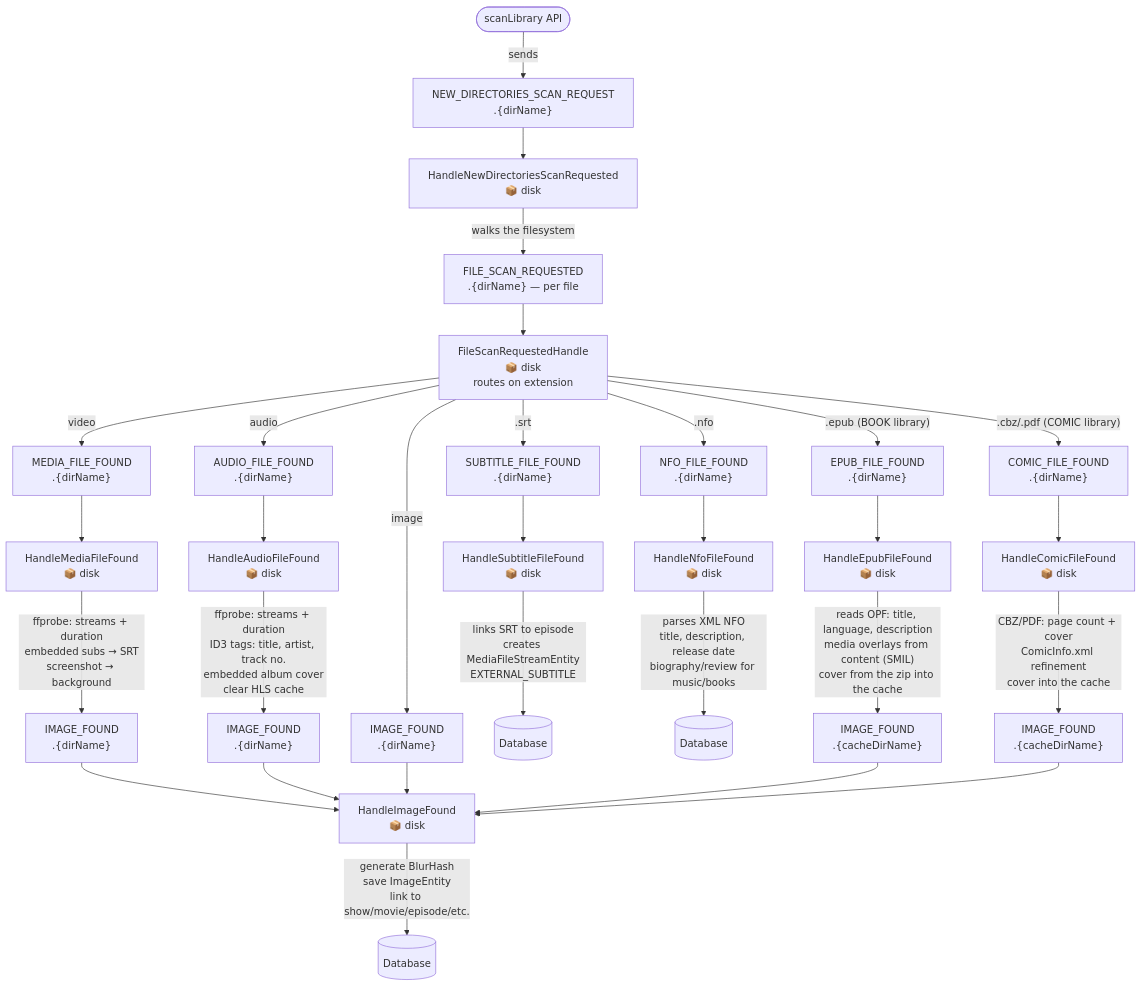
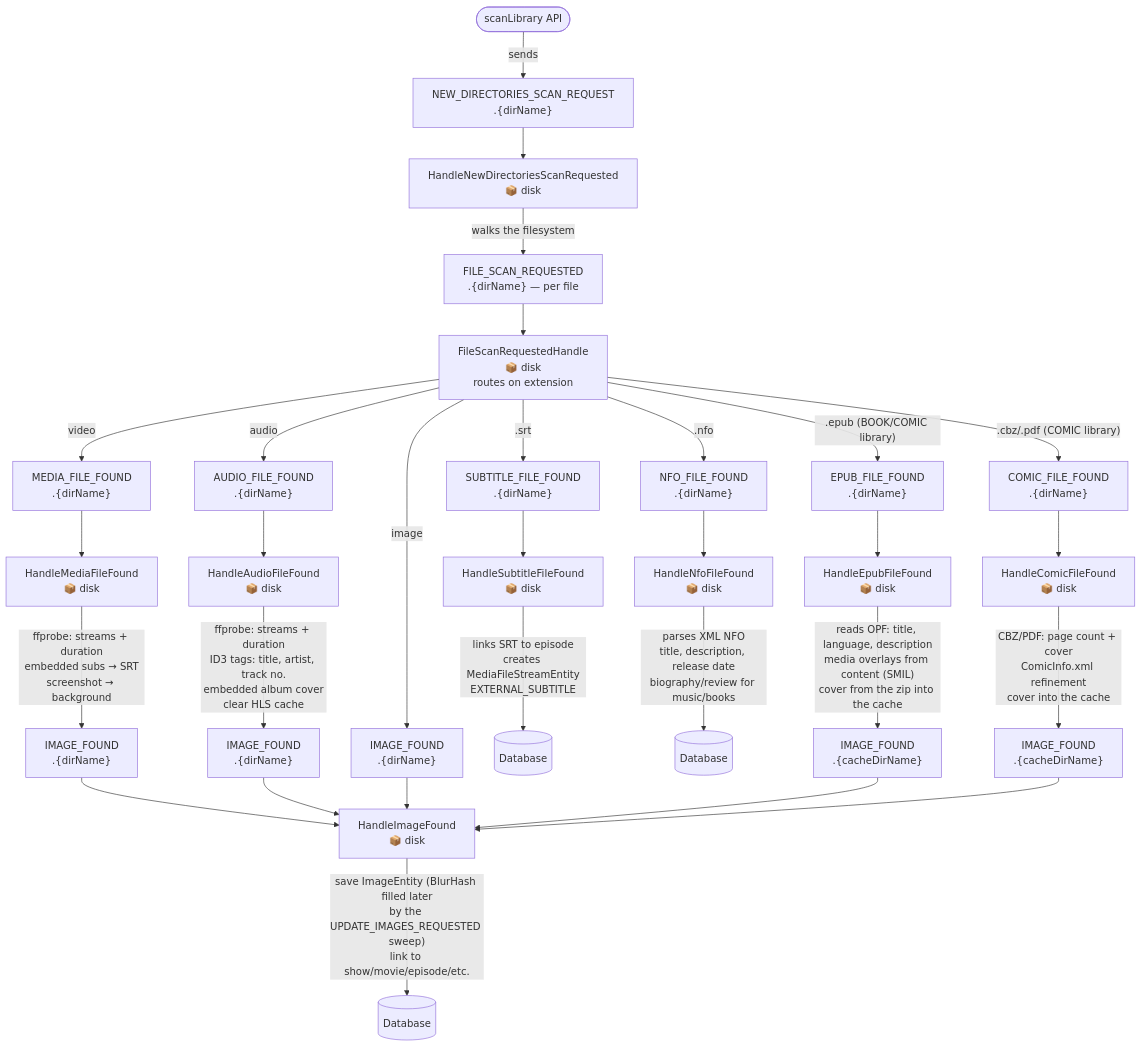
Before and after one commit to ister-app/server: the diagram in doc/architecture/diagrams/scan-flow.md, drawn with Mermaid. The commit also changed 13 other files, not shown here.

````diff
--- a/doc/architecture/diagrams/scan-flow.md
+++ b/doc/architecture/diagrams/scan-flow.md
@@ -7,44 +7,44 @@
 ```mermaid
 flowchart TD
     API([scanLibrary API]) -->|sends| A
 
     A["NEW_DIRECTORIES_SCAN_REQUEST\n.{dirName}"]
     A --> B["HandleNewDirectoriesScanRequested\n📦 disk"]
     B -->|walks the filesystem| C
 
     C["FILE_SCAN_REQUESTED\n.{dirName} — per file"]
     C --> D["FileScanRequestedHandle\n📦 disk\nroutes on extension"]
 
     D -->|video| E["MEDIA_FILE_FOUND\n.{dirName}"]
     D -->|audio| F["AUDIO_FILE_FOUND\n.{dirName}"]
-    D -->|".epub (BOOK library)"| EP["EPUB_FILE_FOUND\n.{dirName}"]
+    D -->|".epub (BOOK/COMIC library)"| EP["EPUB_FILE_FOUND\n.{dirName}"]
     D -->|".cbz/.pdf (COMIC library)"| CO["COMIC_FILE_FOUND\n.{dirName}"]
     D -->|.srt| G["SUBTITLE_FILE_FOUND\n.{dirName}"]
     D -->|image| H["IMAGE_FOUND\n.{dirName}"]
     D -->|.nfo| I["NFO_FILE_FOUND\n.{dirName}"]
 
     E --> J["HandleMediaFileFound\n📦 disk"]
     J -->|"ffprobe: streams + duration\nembedded subs → SRT\nscreenshot → background"| K["IMAGE_FOUND\n.{dirName}"]
 
     F --> L["HandleAudioFileFound\n📦 disk"]
     L -->|"ffprobe: streams + duration\nID3 tags: title, artist, track no.\nembedded album cover\nclear HLS cache"| M["IMAGE_FOUND\n.{dirName}"]
 
     G --> N["HandleSubtitleFileFound\n📦 disk"]
     N -->|"links SRT to episode\ncreates MediaFileStreamEntity\nEXTERNAL_SUBTITLE"| DB1[(Database)]
 
     K --> O["HandleImageFound\n📦 disk"]
     M --> O
     H --> O
-    O -->|"generate BlurHash\nsave ImageEntity\nlink to show/movie/episode/etc."| DB2[(Database)]
+    O -->|"save ImageEntity (BlurHash filled later\nby the UPDATE_IMAGES_REQUESTED sweep)\nlink to show/movie/episode/etc."| DB2[(Database)]
 
     I --> P["HandleNfoFileFound\n📦 disk"]
     P -->|"parses XML NFO\ntitle, description, release date\nbiography/review for music/books"| DB3[(Database)]
 
     EP --> Q["HandleEpubFileFound\n📦 disk"]
     Q -->|"reads OPF: title, language, description\nmedia overlays from content (SMIL)\ncover from the zip into the cache"| R["IMAGE_FOUND\n.{cacheDirName}"]
     R --> O
 
     CO --> S["HandleComicFileFound\n📦 disk"]
     S -->|"CBZ/PDF: page count + cover\nComicInfo.xml refinement\ncover into the cache"| T["IMAGE_FOUND\n.{cacheDirName}"]
     T --> O
 ```
````
